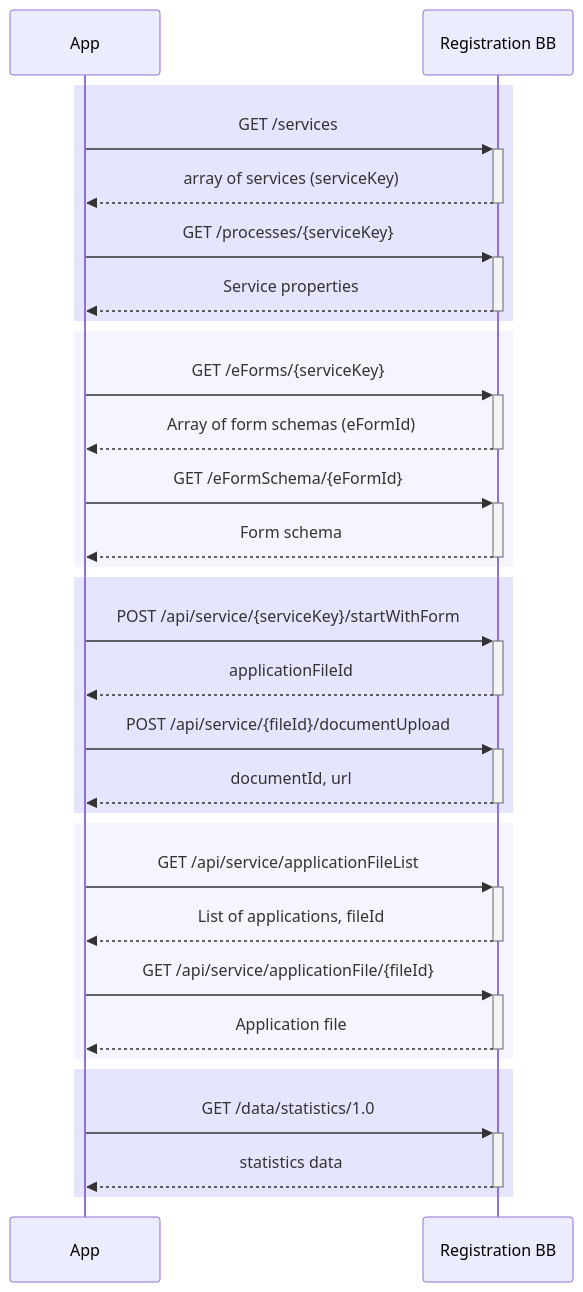
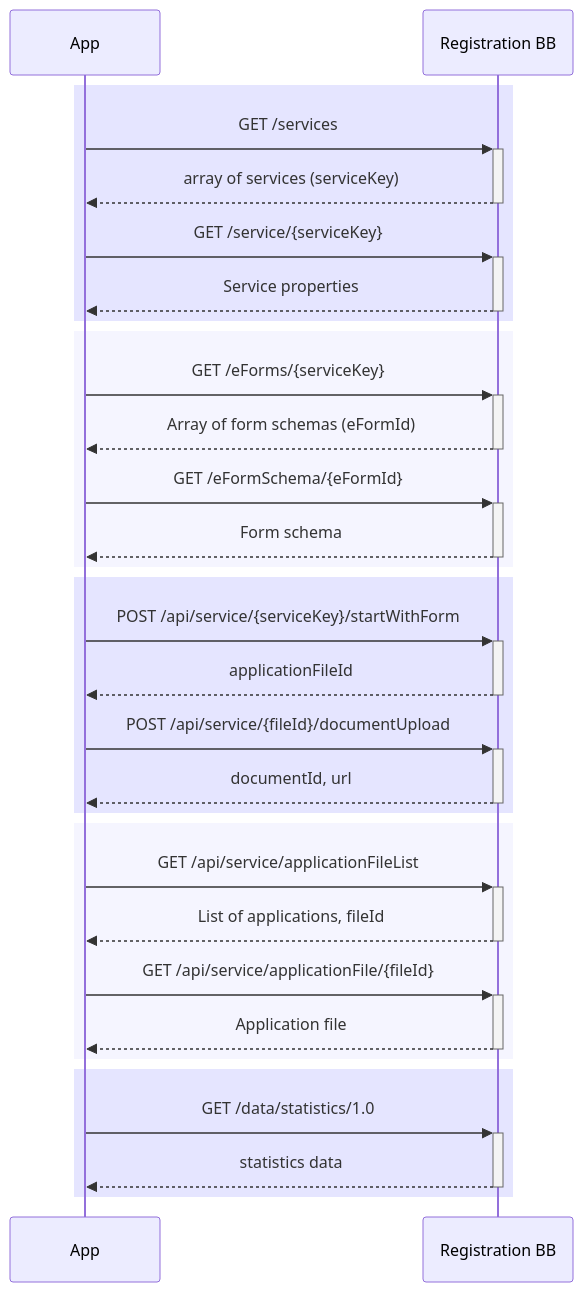
One commit to GovStackWorkingGroup/bb-registration changed the diagram in api/ApplicantSequenceDiagram.mermaid. Above: the diagram before and after it, drawn with Mermaid.

Commit message:
Update ApplicantSequenceDiagram.mermaid
update

```diff
--- a/api/ApplicantSequenceDiagram.mermaid
+++ b/api/ApplicantSequenceDiagram.mermaid
@@ -1,41 +1,41 @@
 sequenceDiagram
     rect rgba(0, 0, 255, .1)
 
     App->>+Registration BB: GET /services
     Registration BB-->>-App: array of services (serviceKey)
     
-    App->>+Registration BB: GET /processes/{serviceKey}
+    App->>+Registration BB: GET /service/{serviceKey}
     Registration BB-->>-App: Service properties
     
     end
     rect rgba(204, 204, 255, .2)
     App->>+Registration BB: GET /eForms/{serviceKey}
     Registration BB-->>-App: Array of form schemas (eFormId)
 
     App->>+Registration BB: GET /eFormSchema/{eFormId}
     Registration BB-->>-App: Form schema 
 
     end
 
     rect rgba(0, 0, 255, .1)
     App->>+Registration BB: POST /api/service/{serviceKey}/startWithForm
     Registration BB-->>-App: applicationFileId
     
     App->>+Registration BB: POST /api/service/{fileId}/documentUpload
     Registration BB-->>-App: documentId, url
     
     end
 
     rect rgba(204, 204, 255, .2)
 
     App->>+Registration BB: GET /api/service/applicationFileList
     Registration BB-->>-App: List of applications, fileId
 
     App->>+Registration BB: GET /api/service/applicationFile/{fileId}
     Registration BB-->>-App: Application file 
 
     end
     rect rgba(0, 0, 255, .1)
     App->>+Registration BB: GET /data/statistics/1.0
     Registration BB-->>-App: statistics data
     end
```
